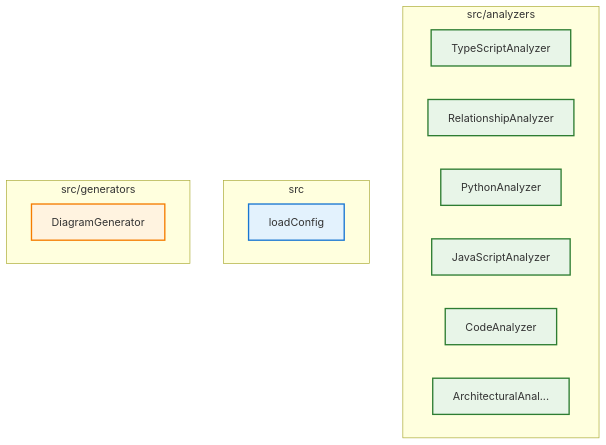
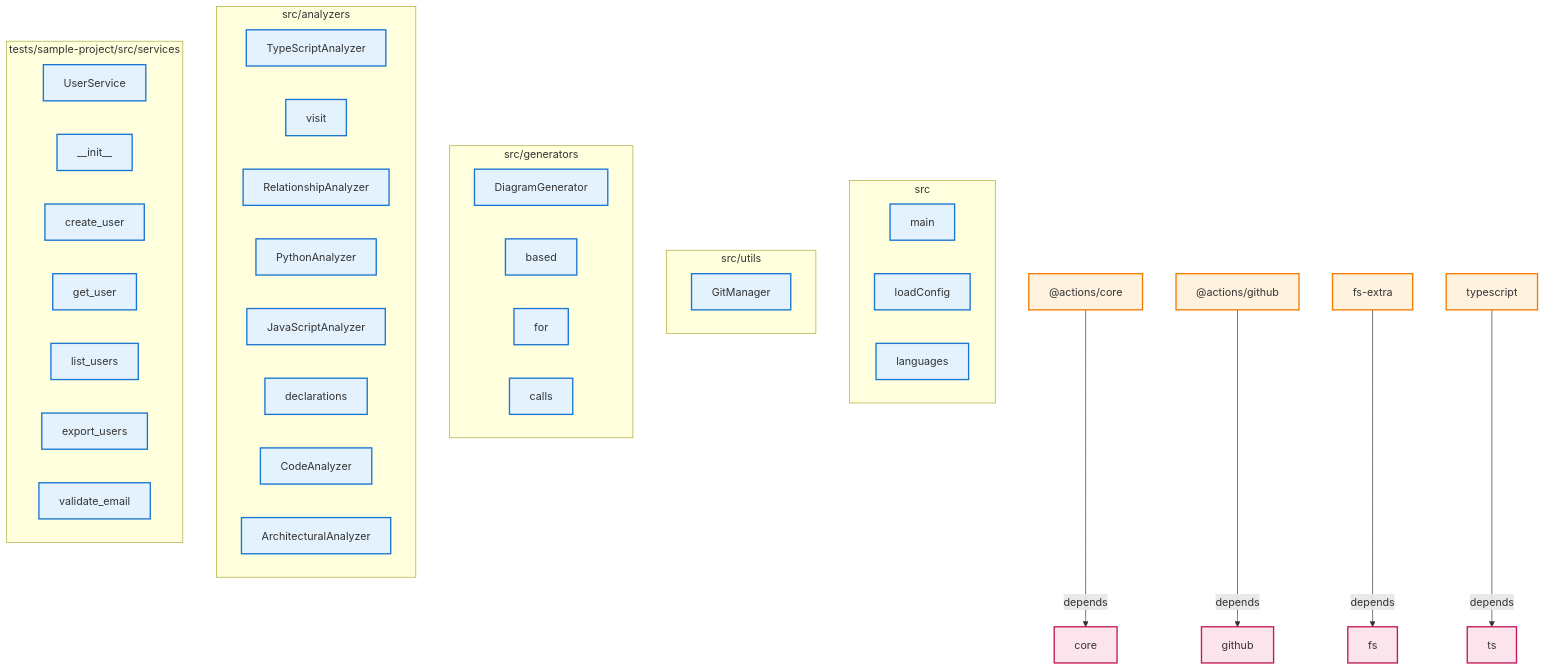
The diagram in docs/architecture/architecture.md (samjhill/diagrammer), drawn with Mermaid before and after one commit. The commit also changed other lines of this file and 7 other files, not shown here.

Commit message:
docs: Update architecture diagrams [skip ci]

````diff
--- a/docs/architecture/architecture.md
+++ b/docs/architecture/architecture.md
@@ -15,39 +5,91 @@
 ```mermaid
 graph TD
   classDef component fill:#e3f2fd,stroke:#1976d2,stroke-width:2px
-  classDef analyzer fill:#e8f5e8,stroke:#2e7d32,stroke-width:2px
-  classDef generator fill:#fff3e0,stroke:#f57c00,stroke-width:2px
-  classDef manager fill:#f3e5f5,stroke:#7b1fa2,stroke-width:2px
-  classDef service fill:#e0f2f1,stroke:#00695c,stroke-width:2px
-  classDef external fill:#ffebee,stroke:#c62828,stroke-width:2px
-  classDef framework fill:#f1f8e9,stroke:#558b2f,stroke-width:2px
-  classDef npm fill:#e8eaf6,stroke:#3f51b5,stroke-width:2px
-  classDef group fill:#fafafa,stroke:#424242,stroke-width:3px
+  classDef external fill:#fff3e0,stroke:#f57c00,stroke-width:2px
+  classDef internal fill:#e8f5e8,stroke:#388e3c,stroke-width:2px
+  classDef dependency fill:#fce4ec,stroke:#c2185b,stroke-width:2px
+  classDef group fill:#f3e5f5,stroke:#7b1fa2,stroke-width:3px
 
-  subgraph src_analyzers["src/analyzers"]
-    TypeScriptAnalyzer["TypeScriptAnalyzer"]
-    RelationshipAnalyzer["RelationshipAnalyzer"]
-    PythonAnalyzer["PythonAnalyzer"]
-    JavaScriptAnalyzer["JavaScriptAnalyzer"]
-    CodeAnalyzer["CodeAnalyzer"]
-    ArchitecturalAnalyzer["ArchitecturalAnal..."]
+  subgraph src["src"]
+    main["main"]
+    loadConfig["loadConfig"]
+    languages["languages"]
   end
 
-  subgraph src["src"]
-    loadConfig["loadConfig"]
+  subgraph src_utils["src/utils"]
+    GitManager["GitManager"]
   end
 
   subgraph src_generators["src/generators"]
     DiagramGenerator["DiagramGenerator"]
+    based["based"]
+    for["for"]
+    calls["calls"]
   end
 
+  subgraph src_analyzers["src/analyzers"]
+    TypeScriptAnalyzer["TypeScriptAnalyzer"]
+    visit["visit"]
+    RelationshipAnalyzer["RelationshipAnalyzer"]
+    PythonAnalyzer["PythonAnalyzer"]
+    JavaScriptAnalyzer["JavaScriptAnalyzer"]
+    declarations["declarations"]
+    CodeAnalyzer["CodeAnalyzer"]
+    ArchitecturalAnalyzer["ArchitecturalAnalyzer"]
+  end
+
+  subgraph tests_sample_project_src_services["tests/sample-project/src/services"]
+    UserService["UserService"]
+    __init__["__init__"]
+    create_user["create_user"]
+    get_user["get_user"]
+    list_users["list_users"]
+    export_users["export_users"]
+    validate_email["validate_email"]
+  end
+
+  _actions_core["@actions/core"]
+  _actions_core:::external
+  core["core"]
+  core:::dependency
+  _actions_core -->|depends| core
+  _actions_github["@actions/github"]
+  _actions_github:::external
+  github["github"]
+  github:::dependency
+  _actions_github -->|depends| github
+  fs_extra["fs-extra"]
+  fs_extra:::external
+  fs["fs"]
+  fs:::dependency
+  fs_extra -->|depends| fs
+  typescript["typescript"]
+  typescript:::external
+  ts["ts"]
+  ts:::dependency
+  typescript -->|depends| ts
+  main:::component
   loadConfig:::component
-  DiagramGenerator:::generator
-  TypeScriptAnalyzer:::analyzer
-  RelationshipAnalyzer:::analyzer
-  PythonAnalyzer:::analyzer
-  JavaScriptAnalyzer:::analyzer
-  CodeAnalyzer:::analyzer
-  ArchitecturalAnalyzer:::analyzer
+  languages:::component
+  GitManager:::component
+  DiagramGenerator:::component
+  based:::component
+  for:::component
+  calls:::component
+  TypeScriptAnalyzer:::component
+  visit:::component
+  RelationshipAnalyzer:::component
+  PythonAnalyzer:::component
+  JavaScriptAnalyzer:::component
+  declarations:::component
+  CodeAnalyzer:::component
+  ArchitecturalAnalyzer:::component
+  UserService:::component
+  __init__:::component
+  create_user:::component
+  get_user:::component
+  list_users:::component
+  export_users:::component
+  validate_email:::component
 
 ```
````
